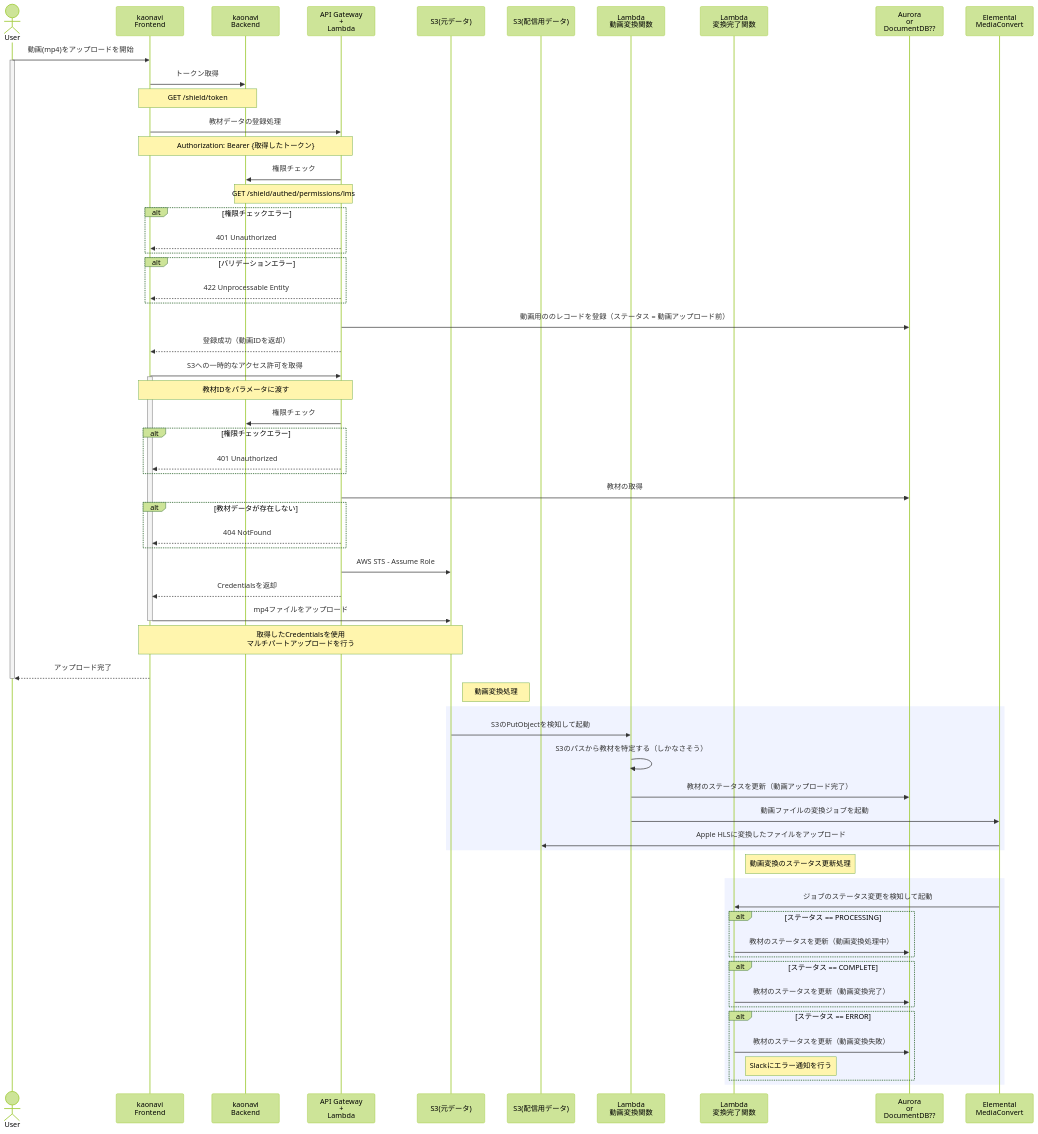
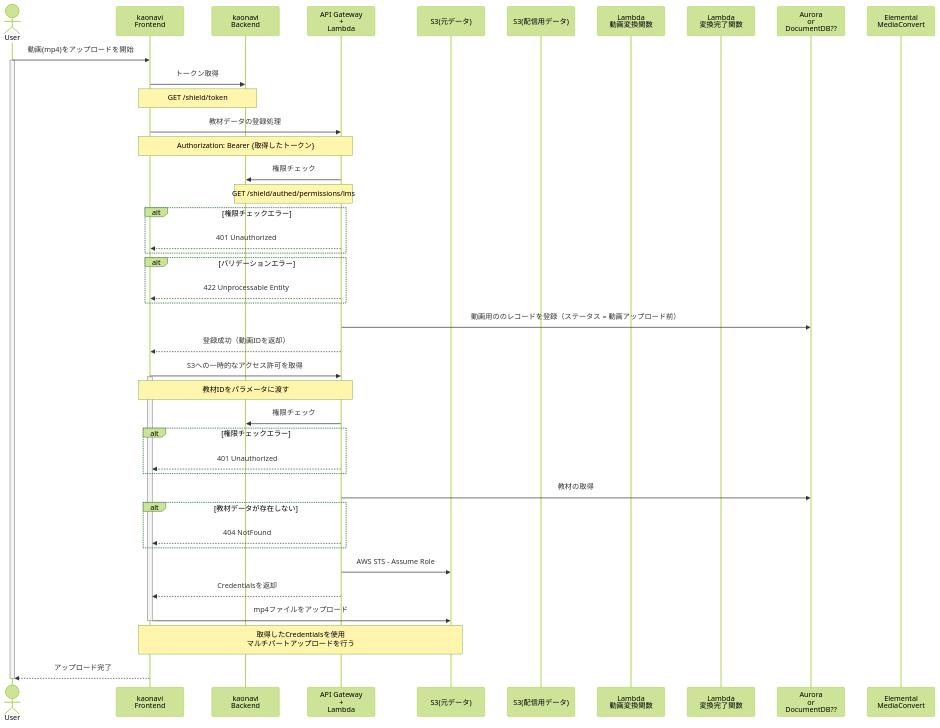
Before and after one commit to revenue-hack/dotfiles: the diagram in docs/1_movie_upload_flow.md, drawn with Mermaid (forest theme). The commit also changed 2 other files, not shown here.

Commit message:
Lambda関数の処理フローを追加

````diff
--- a/docs/1_movie_upload_flow.md
+++ b/docs/1_movie_upload_flow.md
@@ -5,78 +5,53 @@
 ```mermaid
 sequenceDiagram
     actor User as User
     participant Client as kaonavi<br>Frontend
     participant Server as kaonavi<br>Backend
     participant API as API Gateway<br>+<br>Lambda
     participant S3_origin as S3(元データ)
     participant S3_deliv as S3(配信用データ)
     participant Lambda1 as Lambda<br>動画変換関数
     participant Lambda2 as Lambda<br>変換完了関数
     participant DB as Aurora<br>or<br>DocumentDB??
     participant MC as Elemental<br>MediaConvert
 
     User->>Client: 動画(mp4)をアップロードを開始
     activate User
         Client->>Server: トークン取得
         Note over Client,Server: GET /shield/token
 
         Client->>API: 教材データの登録処理
         Note over Client,API: Authorization: Bearer {取得したトークン}
 
         API->>Server: 権限チェック
         Note over Server,API: GET /shield/authed/permissions/lms
         alt 権限チェックエラー
             API-->>Client: 401 Unauthorized
         end
         alt バリデーションエラー
             API-->>Client: 422 Unprocessable Entity
         end
         API->>DB: 動画用ののレコードを登録（ステータス = 動画アップロード前）
         API-->>Client: 登録成功（動画IDを返却）
 
         Client->>API: S3への一時的なアクセス許可を取得
         activate Client
             Note over Client,API: 教材IDをパラメータに渡す
             API->>Server: 権限チェック
             alt 権限チェックエラー
                 API-->>Client: 401 Unauthorized
             end
             API->>DB: 教材の取得
             alt 教材データが存在しない
                 API-->>Client: 404 NotFound
             end
             API->>S3_origin: AWS STS - Assume Role
             API-->>Client: Credentialsを返却
 
             Client->>S3_origin: mp4ファイルをアップロード
         deactivate Client
 
         Note over Client,S3_origin: 取得したCredentialsを使用<br>マルチパートアップロードを行う
         Client-->>User: アップロード完了
     deactivate User
-
-    Note right of S3_origin: 動画変換処理
-    rect rgb(240, 243, 255)
-        S3_origin->>Lambda1: S3のPutObjectを検知して起動
-        Lambda1->>Lambda1: S3のパスから教材を特定する（しかなさそう）
-        Lambda1->>DB: 教材のステータスを更新（動画アップロード完了）
-        Lambda1->>MC: 動画ファイルの変換ジョブを起動
-        MC->>S3_deliv: Apple HLSに変換したファイルをアップロード
-    end
-
-    Note right of Lambda2: 動画変換のステータス更新処理
-    rect rgb(240, 243, 255)
-        MC->>Lambda2: ジョブのステータス変更を検知して起動
-
-        alt ステータス == PROCESSING
-            Lambda2->>DB: 教材のステータスを更新（動画変換処理中）
-        end
-        alt ステータス == COMPLETE
-            Lambda2->>DB: 教材のステータスを更新（動画変換完了）
-        end
-        alt ステータス == ERROR
-            Lambda2->>DB: 教材のステータスを更新（動画変換失敗）
-            Note right of Lambda2: Slackにエラー通知を行う
-        end
-    end
 ```
````
